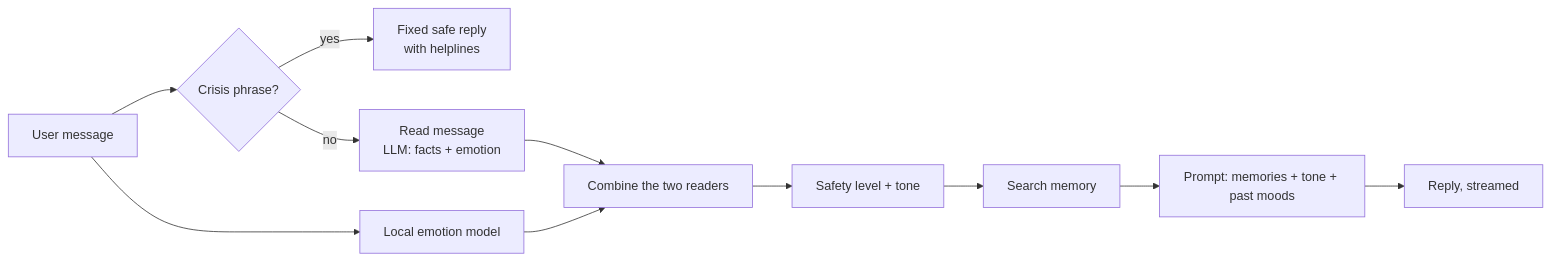
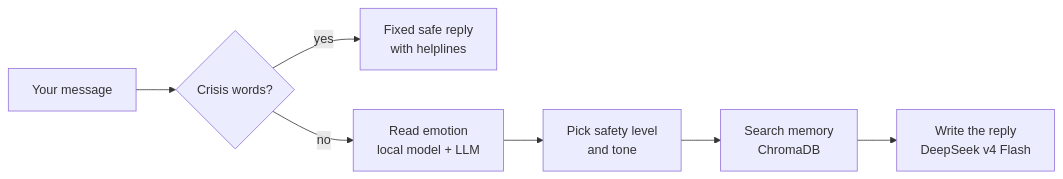
One commit to Swaraj-Mandre/Long-Term-Memory-Chatbot changed the diagram in README.md. Above: the diagram before and after it, drawn with Mermaid. The commit also changed other lines of this file and 55 other files, not shown here.

````diff
--- a/README.md
+++ b/README.md
@@ -32,13 +40,9 @@
 ```mermaid
 flowchart LR
-    A[User message] --> S{Crisis phrase?}
+    A[Your message] --> S{Crisis words?}
     S -- yes --> X[Fixed safe reply<br/>with helplines]
-    S -- no --> B[Read message<br/>LLM: facts + emotion]
-    A --> L[Local emotion model]
-    B --> C[Combine the two readers]
-    L --> C
-    C --> T[Safety level + tone]
-    T --> M[Search memory]
-    M --> P[Prompt: memories + tone + past moods]
-    P --> R[Reply, streamed]
+    S -- no --> R[Read emotion<br/>local model + LLM]
+    R --> T[Pick safety level<br/>and tone]
+    T --> M[Search memory<br/>ChromaDB]
+    M --> W[Write the reply<br/>DeepSeek v4 Flash]
 ```
````
